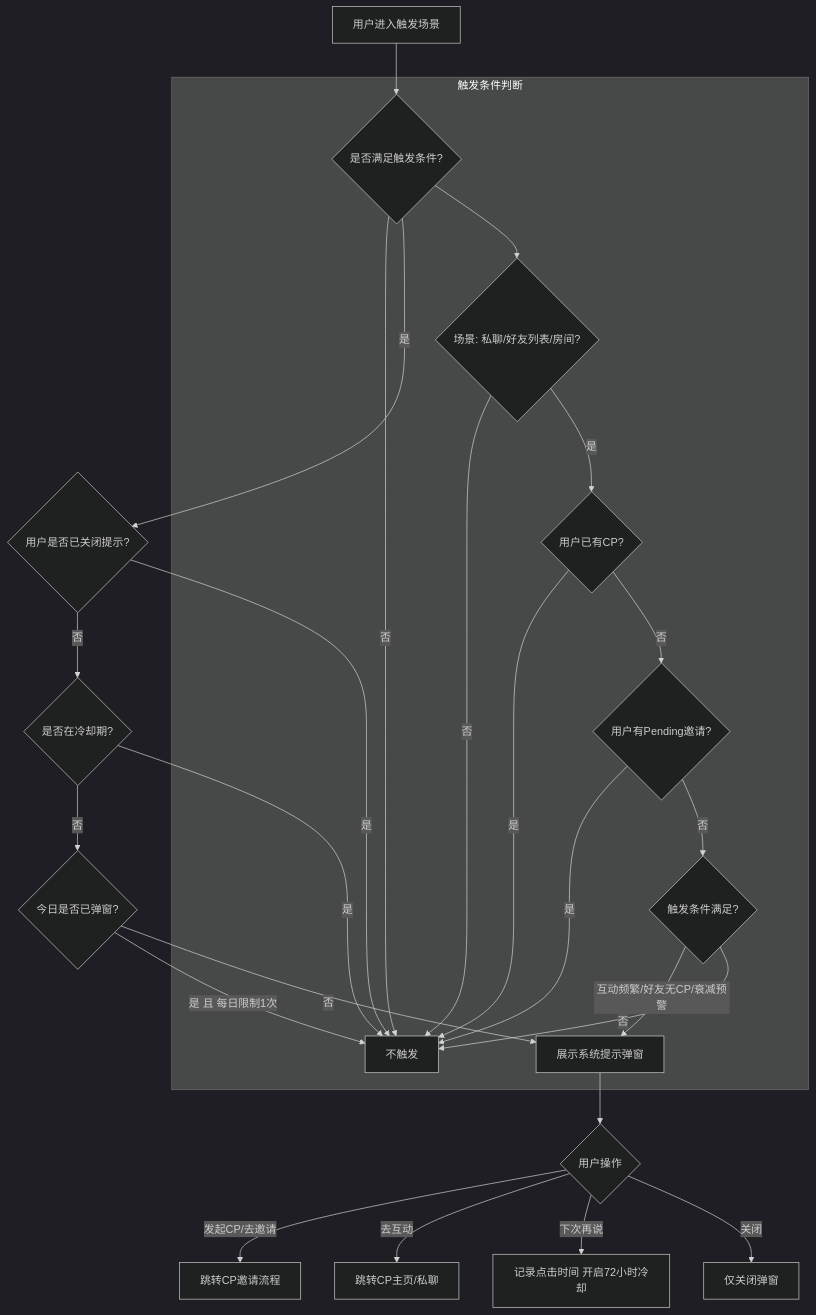
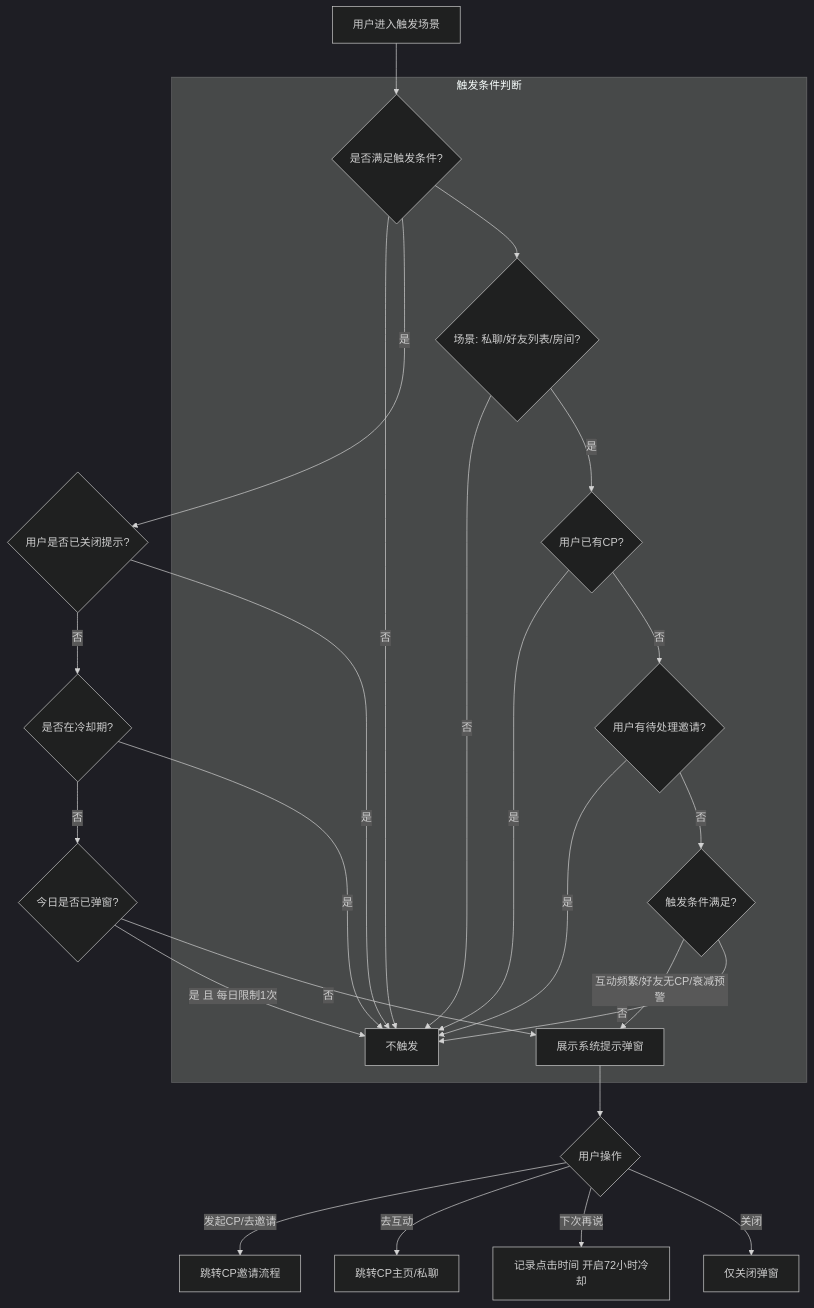
One commit to kocekid/CP1.0-Requirements changed diagram 11 of 12 in CP系统需求文档_v1.0.md. Above: the diagram before and after it, drawn with Mermaid (dark theme). The commit also changed other lines of this file, not shown here.

Commit message:
更新CP系统需求文档：图下需求拆解块全部重写为完整字段表结构

````diff
--- a/CP系统需求文档_v1.0.md
+++ b/CP系统需求文档_v1.0.md
@@ -957,30 +969,30 @@
 ```mermaid
 flowchart TD
     A[用户进入触发场景] --> B{是否满足触发条件?}
     B -->|否| C[不触发]
     B -->|是| D{用户是否已关闭提示?}
     D -->|是| C
     D -->|否| E{是否在冷却期?}
     E -->|是| C
     E -->|否| F{今日是否已弹窗?}
     F -->|是 且 每日限制1次| C
     F -->|否| G[展示系统提示弹窗]
     
     G --> H{用户操作}
     H -->|发起CP/去邀请| I[跳转CP邀请流程]
     H -->|去互动| J[跳转CP主页/私聊]
     H -->|下次再说| K[记录点击时间 开启72小时冷却]
     H -->|关闭| L[仅关闭弹窗]
     
     subgraph 触发条件判断
     B --> B1{场景: 私聊/好友列表/房间?}
     B1 -->|否| C
     B1 -->|是| B2{用户已有CP?}
     B2 -->|是| C
-    B2 -->|否| B3{用户有Pending邀请?}
+    B2 -->|否| B3{用户有待处理邀请?}
     B3 -->|是| C
     B3 -->|否| B4{触发条件满足?}
     B4 -->|互动频繁/好友无CP/衰减预警| G
     B4 -->|否| C
     end
 ```
````
